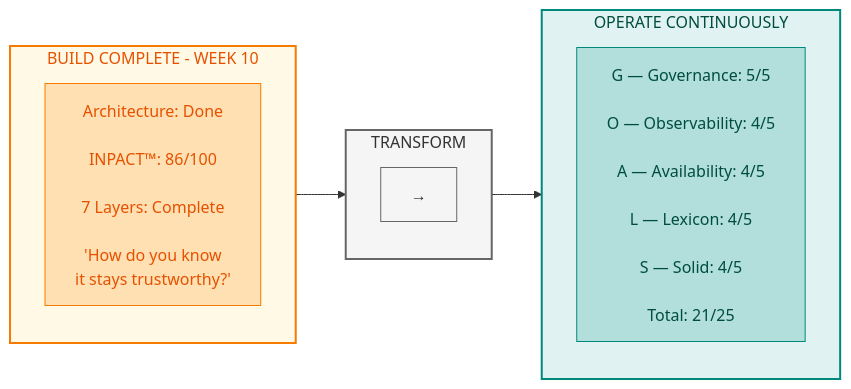
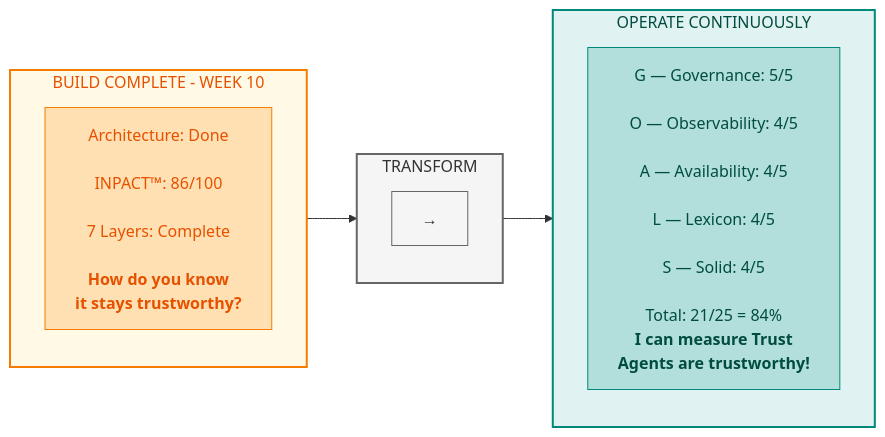
The first of 14 diagrams in manuscript/08_chapter_7_goals_framework_v3_0.md (colaberry/trust-before-intelligence-book), drawn with Mermaid before and after one commit.

Commit message:
Fixing welcome diagram
Fixing welcome diagram

````diff
--- a/manuscript/08_chapter_7_goals_framework_v3_0.md
+++ b/manuscript/08_chapter_7_goals_framework_v3_0.md
@@ -114,28 +114,28 @@
 ```mermaid
 
 graph LR
     subgraph BUILD["BUILD COMPLETE - WEEK 10"]
         direction TB
-        B1["Architecture: Done<br/><br/>INPACT™: 86/100<br/><br/>7 Layers: Complete<br/><br/>'How do you know<br/>it stays trustworthy?'"]
+        B1["Architecture: Done<br/><br/>INPACT™: 86/100<br/><br/>7 Layers: Complete<br/><br/><b>How do you know<br/>it stays trustworthy?</b>"]
     end
     
     subgraph TRANSFORM["TRANSFORM"]
         direction TB
         T1["→"]
     end
     
     subgraph OPERATE["OPERATE CONTINUOUSLY"]
         direction TB
-        O1["G — Governance: 5/5<br/><br/>O — Observability: 4/5<br/><br/>A — Availability: 4/5<br/><br/>L — Lexicon: 4/5<br/><br/>S — Solid: 4/5<br/><br/>Total: 21/25"]
+        O1["G — Governance: 5/5<br/><br/>O — Observability: 4/5<br/><br/>A — Availability: 4/5<br/><br/>L — Lexicon: 4/5<br/><br/>S — Solid: 4/5<br/><br/>Total: 21/25 = 84%<br/><b>I can measure Trust<br/>Agents are trustworthy!"]
     end
     
     BUILD --> TRANSFORM --> OPERATE
     
     style BUILD fill:#fff9e6,stroke:#f57c00,stroke-width:2px,color:#e65100
     style TRANSFORM fill:#f5f5f5,stroke:#666666,stroke-width:2px,color:#333333
     style OPERATE fill:#e0f2f1,stroke:#00897b,stroke-width:2px,color:#004d40
     style B1 fill:#ffe0b2,stroke:#f57c00,color:#e65100
     style T1 fill:#f5f5f5,stroke:#666666,color:#333333
     style O1 fill:#b2dfdb,stroke:#00897b,color:#004d40
 
 ```
````
